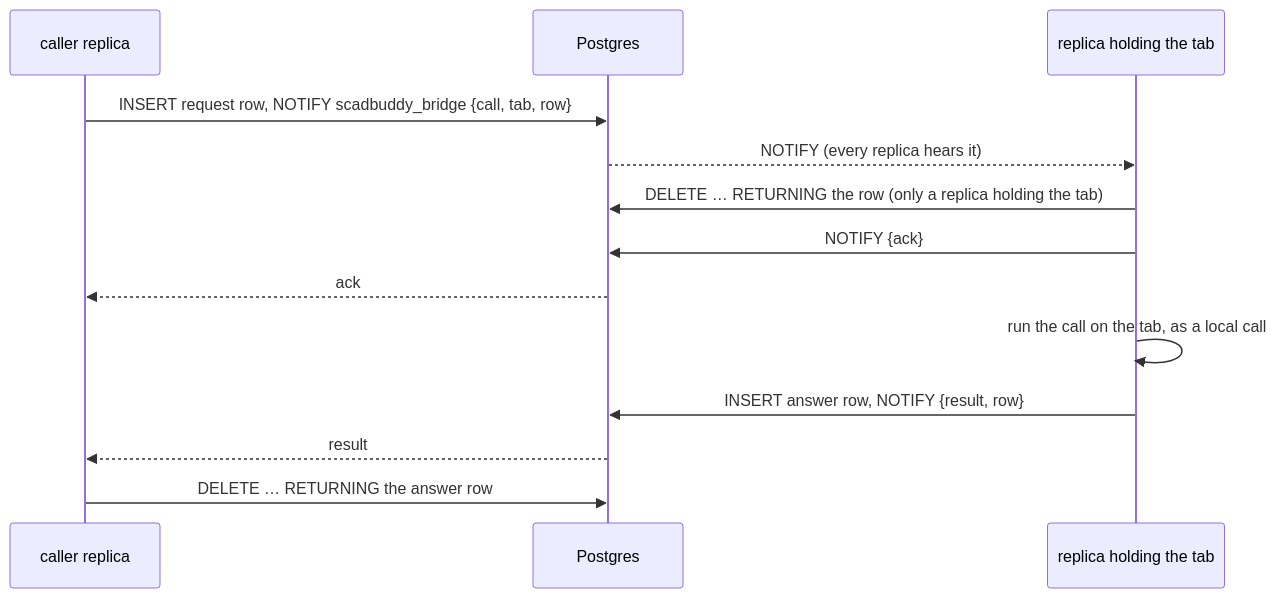
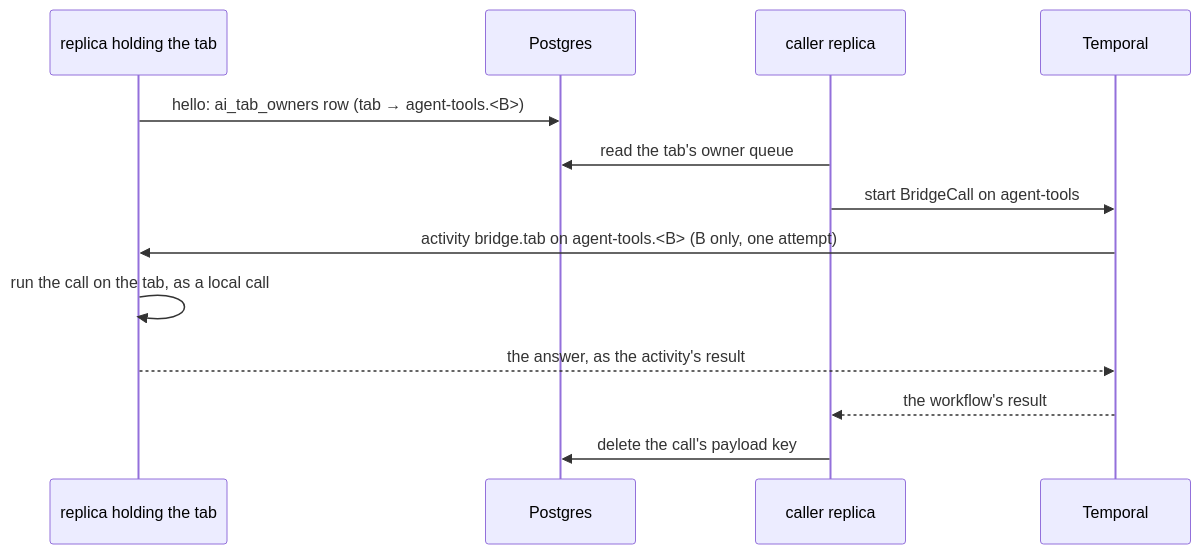
The diagram in docs/ai/browser-bridge.md (eh-homelab/ScadBuddy), drawn with Mermaid before and after one commit. The commit also changed other lines of this file and 21 other files, not shown here.

First line of the commit message:
refactor(agent): browser_* calls reach the tab's pod through Temporal (#4806)

````diff
--- a/docs/ai/browser-bridge.md
+++ b/docs/ai/browser-bridge.md
@@ -339,15 +340,15 @@
 ```mermaid
 sequenceDiagram
+  participant B as replica holding the tab
+  participant PG as Postgres
   participant A as caller replica
-  participant PG as Postgres
-  participant B as replica holding the tab
-  A->>PG: INSERT request row, NOTIFY scadbuddy_bridge {call, tab, row}
-  PG-->>B: NOTIFY (every replica hears it)
-  B->>PG: DELETE … RETURNING the row (only a replica holding the tab)
-  B->>PG: NOTIFY {ack}
-  PG-->>A: ack
+  participant T as Temporal
+  B->>PG: hello: ai_tab_owners row (tab → agent-tools.<B>)
+  A->>PG: read the tab's owner queue
+  A->>T: start BridgeCall on agent-tools
+  T->>B: activity bridge.tab on agent-tools.<B> (B only, one attempt)
   B->>B: run the call on the tab, as a local call
-  B->>PG: INSERT answer row, NOTIFY {result, row}
-  PG-->>A: result
-  A->>PG: DELETE … RETURNING the answer row
+  B-->>T: the answer, as the activity's result
+  T-->>A: the workflow's result
+  A->>PG: delete the call's payload key
 ```
````
